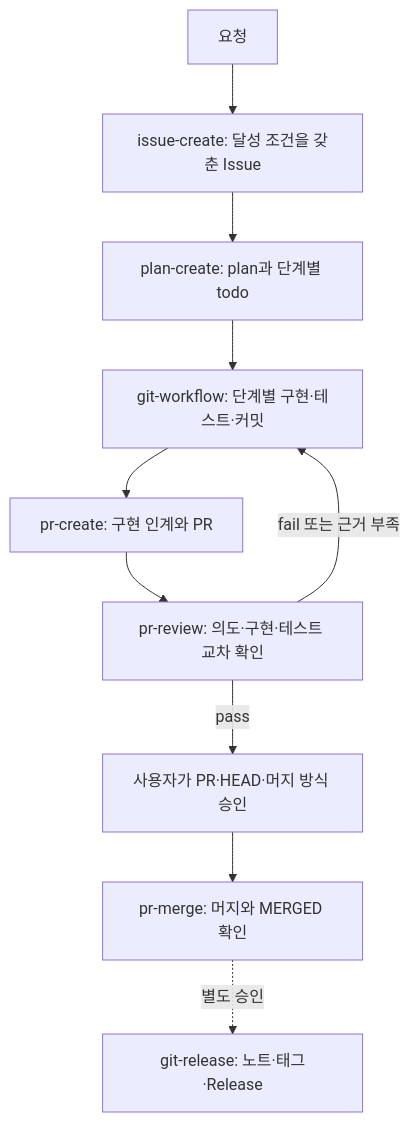
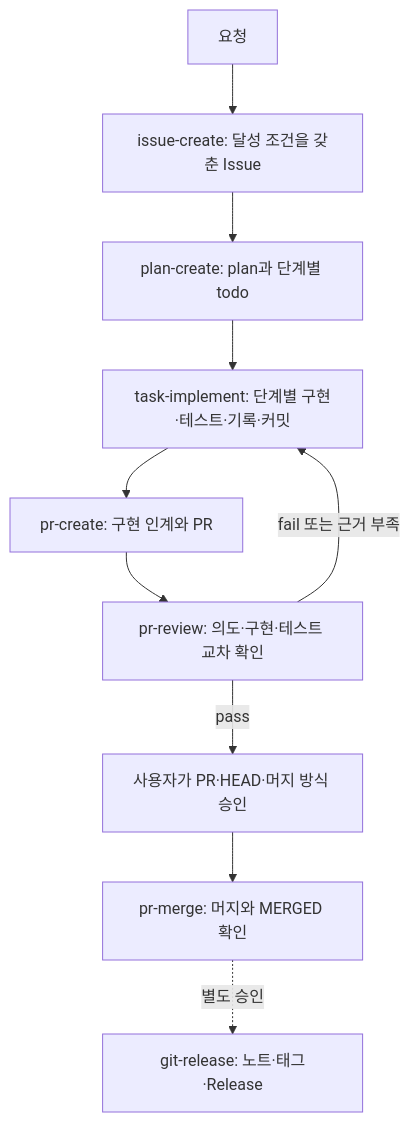
One commit to insung/git-workflow changed the diagram in README.ko.md. Above: the diagram before and after it, drawn with Mermaid. The commit also changed other lines of this file and 1 other file, not shown here.

First line of the commit message:
docs(readme): 스킬 표와 작동 방식 흐름도에 task-implement 추가

````diff
--- a/README.ko.md
+++ b/README.ko.md
@@ -20,12 +20,12 @@
 ```mermaid
 flowchart TD
     A[요청] --> B[issue-create: 달성 조건을 갖춘 Issue]
     B --> C[plan-create: plan과 단계별 todo]
-    C --> D[git-workflow: 단계별 구현·테스트·커밋]
+    C --> D[task-implement: 단계별 구현·테스트·기록·커밋]
     D --> E[pr-create: 구현 인계와 PR]
     E --> F[pr-review: 의도·구현·테스트 교차 확인]
     F -->|fail 또는 근거 부족| D
     F -->|pass| G[사용자가 PR·HEAD·머지 방식 승인]
     G --> H[pr-merge: 머지와 MERGED 확인]
     H -. 별도 승인 .-> I[git-release: 노트·태그·Release]
 ```
````
